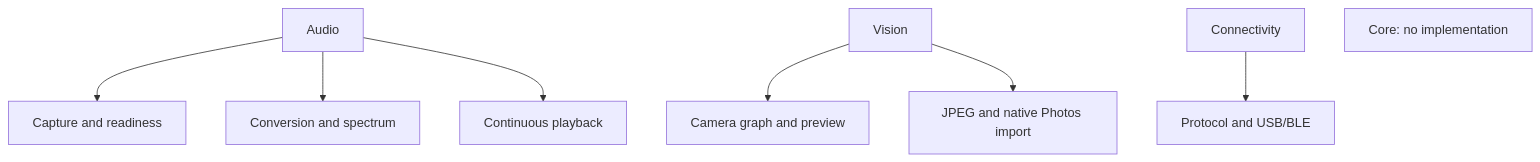
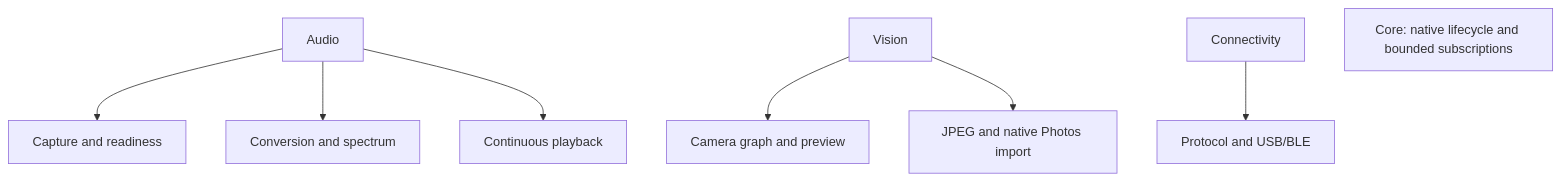
One commit to devilyouwei/MobileHarness changed the second of 2 diagrams in MobileHarness/PlatformKit/README.md. Above: the diagram before and after it, drawn with Mermaid. The commit also changed other lines of this file and 113 other files, not shown here.

````diff
--- a/MobileHarness/PlatformKit/README.md
+++ b/MobileHarness/PlatformKit/README.md
@@ -28,10 +28,10 @@
 ```mermaid
 flowchart TB
  Audio --> Capture[Capture and readiness]
  Audio --> PCM[Conversion and spectrum]
  Audio --> Playback[Continuous playback]
  Vision --> Camera[Camera graph and preview]
  Vision --> Photo[JPEG and native Photos import]
  Connectivity --> NexArm[Protocol and USB/BLE]
- Core[Core: no implementation]
+ Core[Core: native lifecycle and bounded subscriptions]
 ```
````
